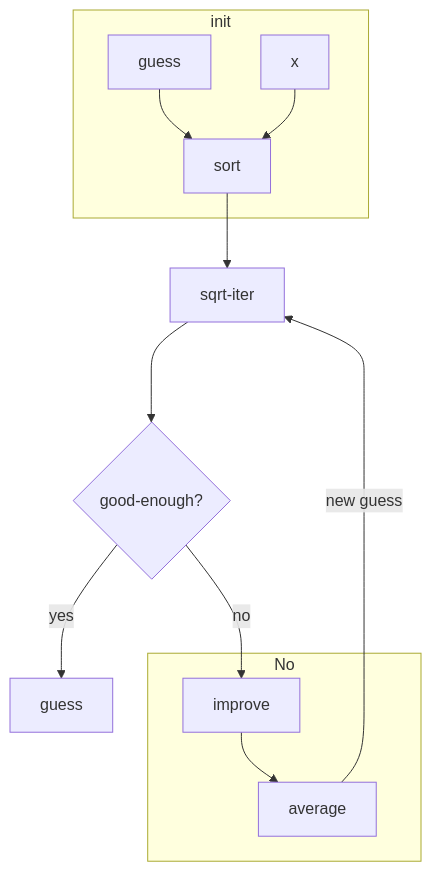
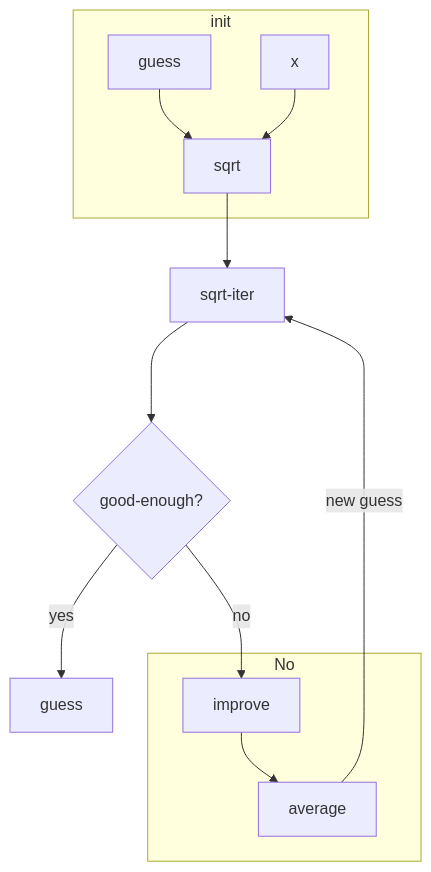
The third of 3 diagrams in SICP/note_for_book.md (juanniaoxx/Function_Programming), drawn with Mermaid before and after one commit. The commit also changed other lines of this file and 5 other files, not shown here.

````diff
--- a/SICP/note_for_book.md
+++ b/SICP/note_for_book.md
@@ -306,15 +351,15 @@
 ```mermaid
 
 flowchart TD
 subgraph init
-X_1[guess] & X_2[x] -->F_1[sort]
+X_1[guess] & X_2[x] -->F_1[sqrt]
 end
 F_1 -->F_2[sqrt-iter]
 F_2 --->F_3{good-enough?}
 F_3-->|yes|R[guess]
 F_3-->|no|F_4[improve]
 subgraph No
 F_4 -->F_5[average]
 end
 F_5-->|new guess|F_2
 ```
````
